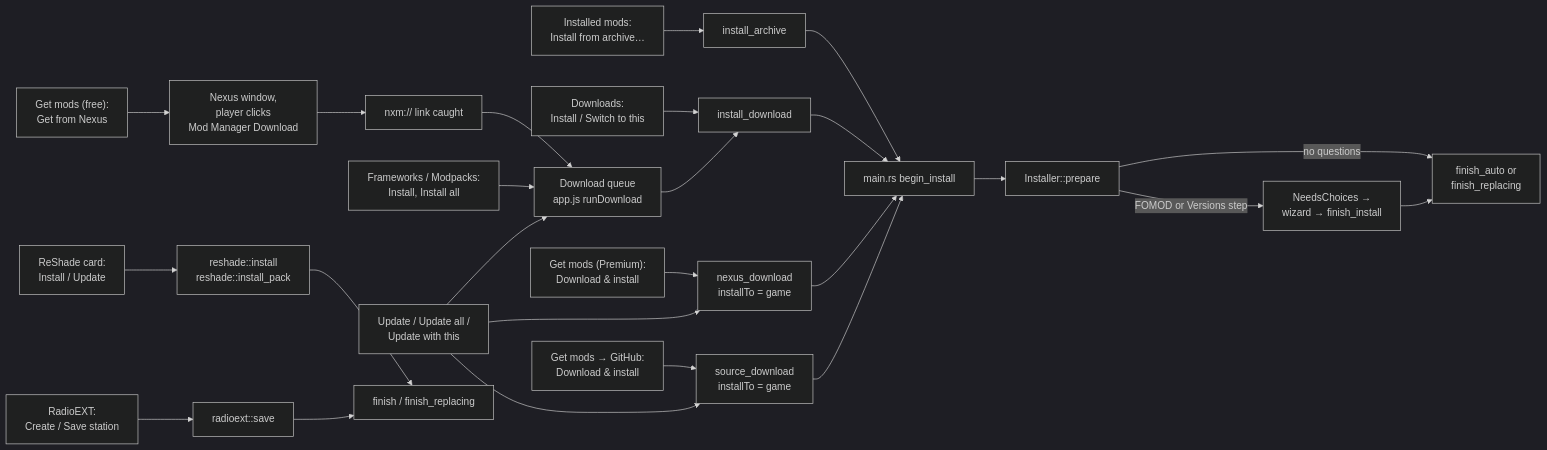
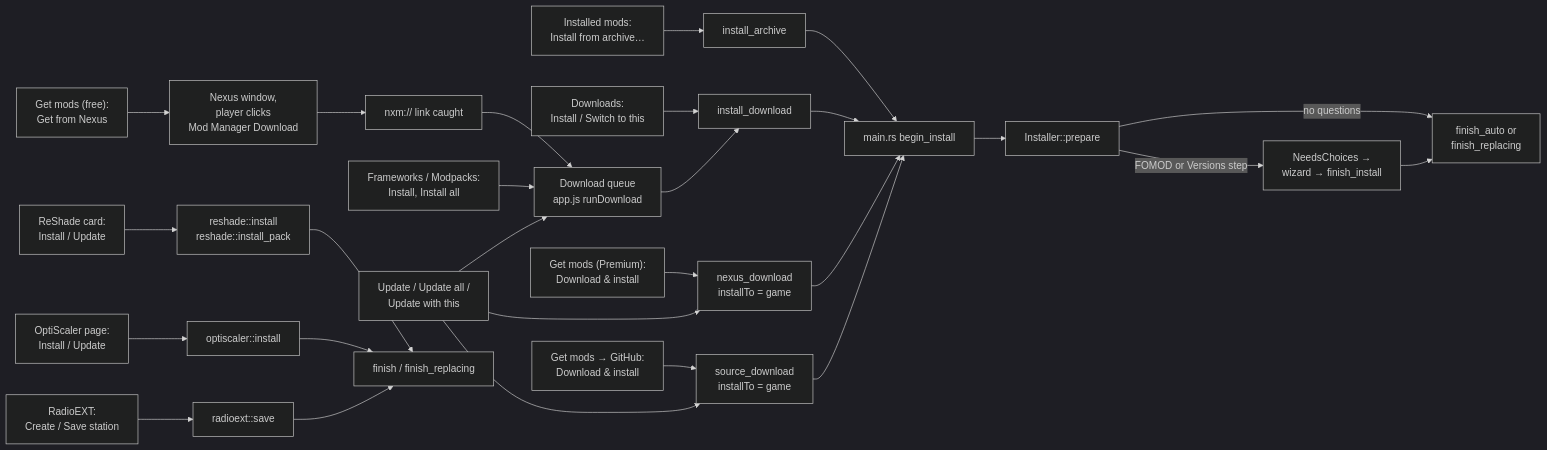
One commit to Higher-dimentionalSemanticsFanatic/LinuxCPMX2077 changed the diagram in docs/architecture/Entry points.md. Above: the diagram before and after it, drawn with Mermaid (dark theme). The commit also changed other lines of this file and 16 other files, not shown here.

First line of the commit message:
OptiScaler page: install OptiScaler, AMD's FSR 4.1.1 DLL and FSR 4 shader overrides

````diff
--- a/docs/architecture/Entry points.md
+++ b/docs/architecture/Entry points.md
@@ -12,17 +12,18 @@
 ```mermaid
 flowchart LR
   file["Installed mods:<br/>Install from archive…"] --> ia[install_archive]
   dl["Downloads:<br/>Install / Switch to this"] --> idl[install_download]
   prem["Get mods (Premium):<br/>Download & install"] --> nd[nexus_download<br/>installTo = game]
   free["Get mods (free):<br/>Get from Nexus"] --> win[Nexus window,<br/>player clicks<br/>Mod Manager Download] --> nxm[nxm:// link caught] --> q
   gh["Get mods → GitHub:<br/>Download & install"] --> sd[source_download<br/>installTo = game]
   fw["Frameworks / Modpacks:<br/>Install, Install all"] --> q[Download queue<br/>app.js runDownload] --> idl
   upd["Update / Update all /<br/>Update with this"] --> nd & sd & q
   ia & idl & nd & sd --> bi[main.rs begin_install]
   bi --> prep[Installer::prepare]
   prep -- FOMOD or Versions step --> pend[NeedsChoices →<br/>wizard → finish_install]
   prep -- no questions --> auto[finish_auto or<br/>finish_replacing]
   pend --> auto
   rsh["ReShade card:<br/>Install / Update"] --> rsi[reshade::install<br/>reshade::install_pack] --> fin[finish / finish_replacing]
+  opt["OptiScaler page:<br/>Install / Update"] --> opi[optiscaler::install] --> fin
   rad["RadioEXT:<br/>Create / Save station"] --> rds[radioext::save] --> fin
 ```
````
